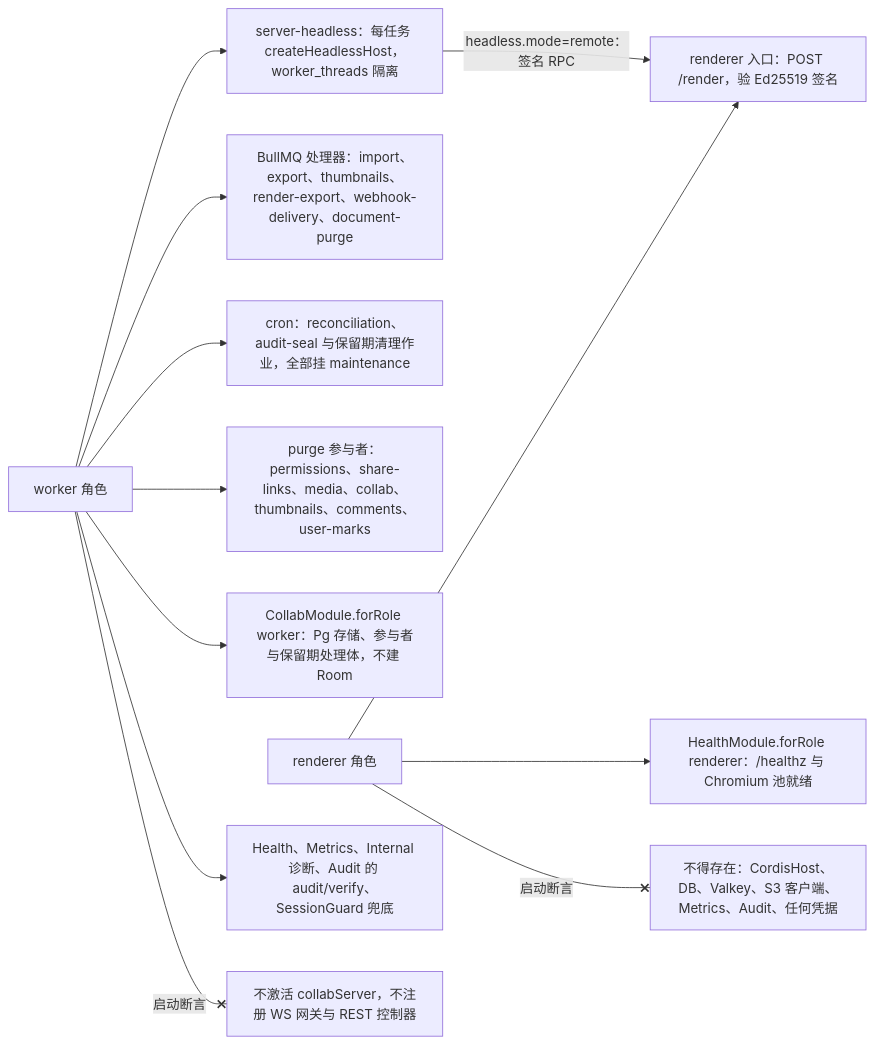
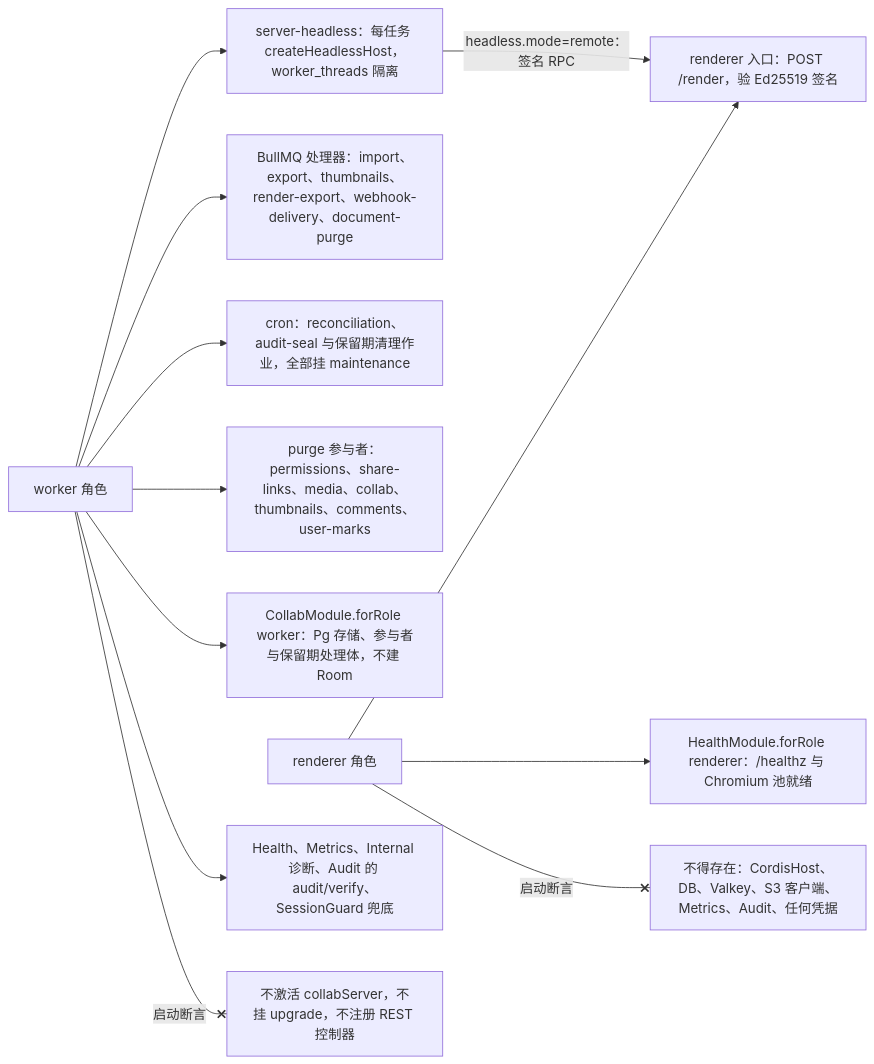
Before and after one commit to Xeonice/cordis-ppt-editor: the tenth of 15 diagrams in docs/60-backend/01-service-overview-and-roles.md, drawn with Mermaid. The commit also changed other lines of this file and 19 other files, not shown here.

````diff
--- a/docs/60-backend/01-service-overview-and-roles.md
+++ b/docs/60-backend/01-service-overview-and-roles.md
@@ -223,21 +556,21 @@
 ```mermaid
 flowchart LR
   worker["worker 角色"]
   renderer["renderer 角色"]
   wProc["BullMQ 处理器：import、export、thumbnails、render-export、webhook-delivery、document-purge"]
   wCron["cron：reconciliation、audit-seal 与保留期清理作业，全部挂 maintenance"]
   wPart["purge 参与者：permissions、share-links、media、collab、thumbnails、comments、user-marks"]
   wCollab["CollabModule.forRole worker：Pg 存储、参与者与保留期处理体，不建 Room"]
   wHeadless["server-headless：每任务 createHeadlessHost，worker_threads 隔离"]
   wOps["Health、Metrics、Internal 诊断、Audit 的 audit/verify、SessionGuard 兜底"]
   rEntry["renderer 入口：POST /render，验 Ed25519 签名"]
   rHealth["HealthModule.forRole renderer：/healthz 与 Chromium 池就绪"]
   rDeny["不得存在：CordisHost、DB、Valkey、S3 客户端、Metrics、Audit、任何凭据"]
-  wDeny["不激活 collabServer，不注册 WS 网关与 REST 控制器"]
+  wDeny["不激活 collabServer，不挂 upgrade，不注册 REST 控制器"]
   worker --> wProc & wCron & wPart
   worker --> wCollab & wHeadless & wOps
   wHeadless -- "headless.mode=remote：签名 RPC" --> rEntry
   renderer --> rEntry & rHealth
   worker -- "启动断言" --x wDeny
   renderer -- "启动断言" --x rDeny
 ```
````
